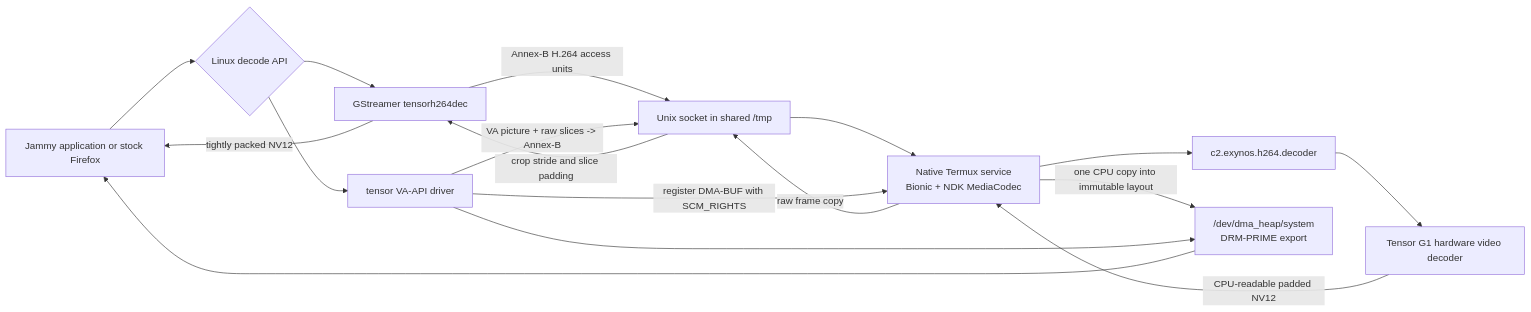
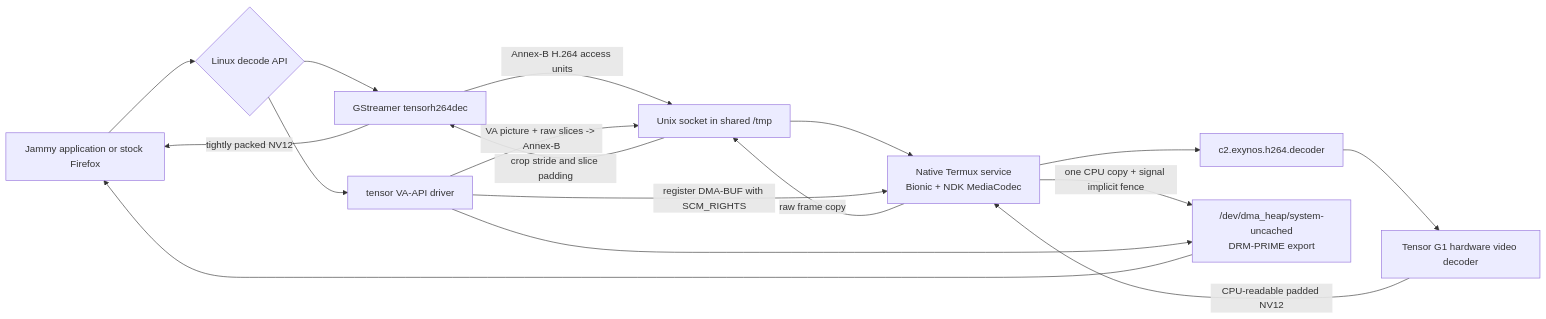
Before and after one commit to RandomCoderOrg/mesa-gfxstream: the diagram in tensor-g1/media-codec/README.md, drawn with Mermaid. The commit also changed other lines of this file and 32 other files, not shown here.

````diff
--- a/tensor-g1/media-codec/README.md
+++ b/tensor-g1/media-codec/README.md
@@ -26,19 +26,19 @@
 ```mermaid
 flowchart LR
     APP["Jammy application or stock Firefox"] --> API{"Linux decode API"}
     API --> GST["GStreamer tensorh264dec"]
     API --> VA["tensor VA-API driver"]
     GST -->|"Annex-B H.264 access units"| SOCK["Unix socket in shared /tmp"]
     VA -->|"VA picture + raw slices -> Annex-B"| SOCK
     SOCK --> SVC["Native Termux service\nBionic + NDK MediaCodec"]
     SVC --> C2["c2.exynos.h264.decoder"]
     C2 --> GPU["Tensor G1 hardware video decoder"]
     GPU -->|"CPU-readable padded NV12"| SVC
     SVC -->|"raw frame copy"| SOCK
     SOCK -->|"crop stride and slice padding"| GST
     VA -->|"register DMA-BUF with SCM_RIGHTS"| SVC
-    SVC -->|"one CPU copy into immutable layout"| HEAP["/dev/dma_heap/system\nDRM-PRIME export"]
+    SVC -->|"one CPU copy + signal implicit fence"| HEAP["/dev/dma_heap/system-uncached\nDRM-PRIME export"]
     VA --> HEAP
     GST -->|"tightly packed NV12"| APP
     HEAP --> APP
 ```
````
